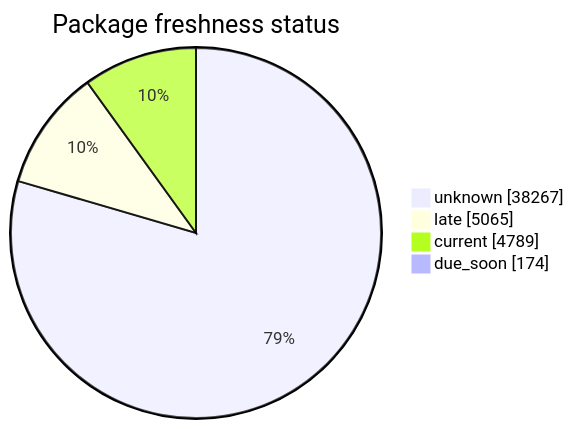
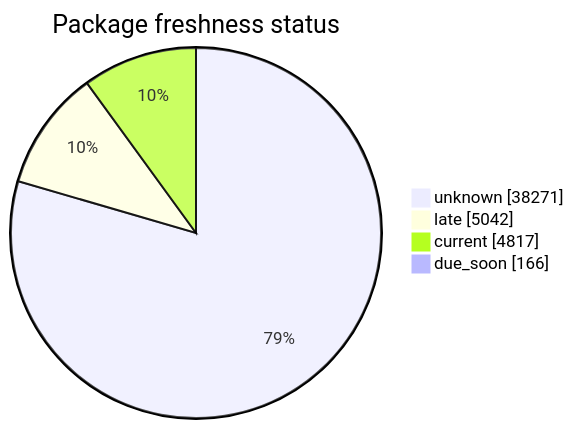
Before and after one commit to open-data/analytics-corporate-reporting: the second of 5 diagrams in FreshCheck/README.md, drawn with Mermaid. The commit also changed other lines of this file and 3 other files, not shown here.

````diff
--- a/FreshCheck/README.md
+++ b/FreshCheck/README.md
@@ -68,7 +68,7 @@
 ```mermaid
 pie showData title Package freshness status
-    "unknown": 38267
-    "late": 5065
-    "current": 4789
-    "due_soon": 174
+    "unknown": 38271
+    "late": 5042
+    "current": 4817
+    "due_soon": 166
 ```
````
